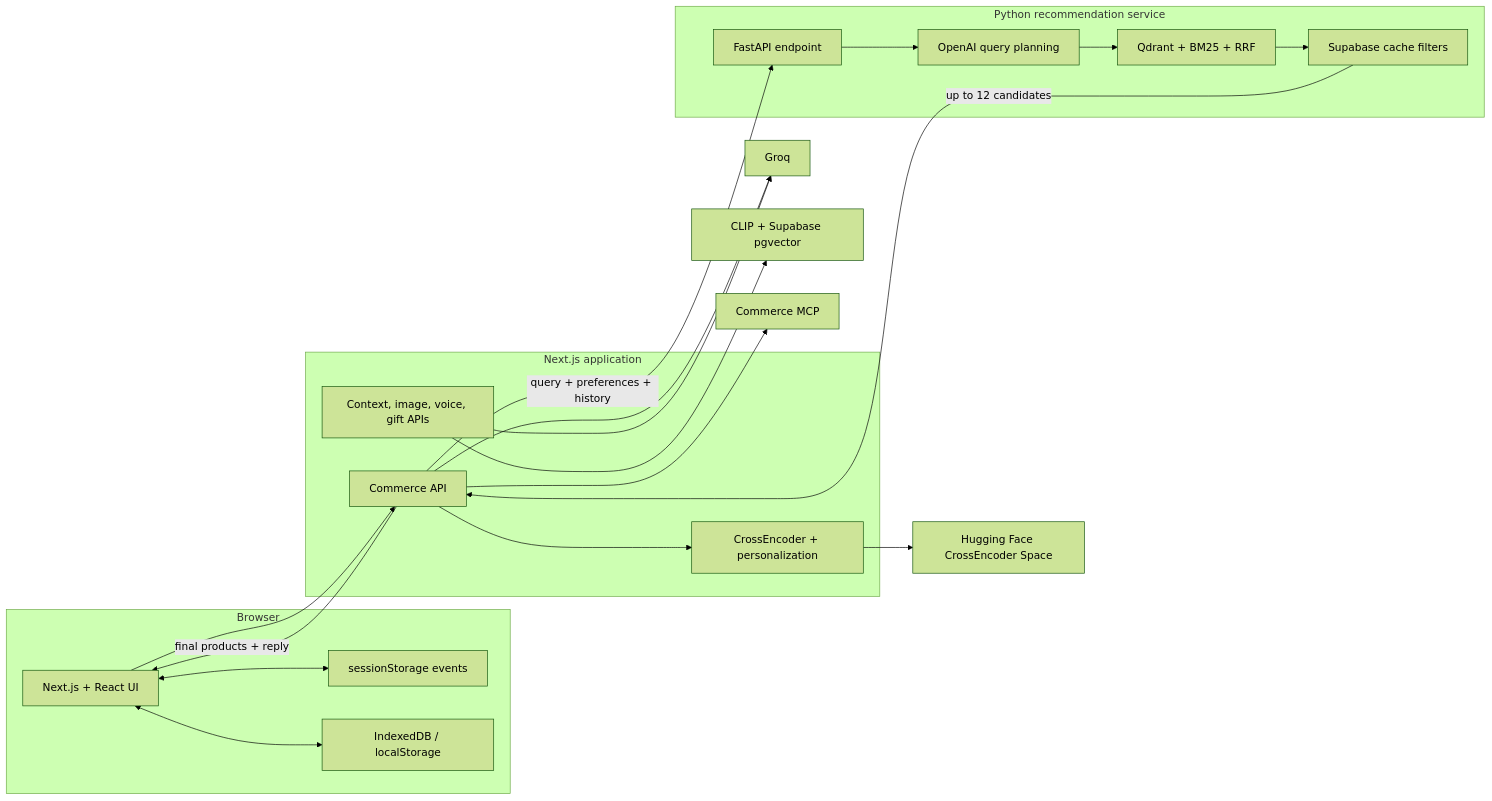
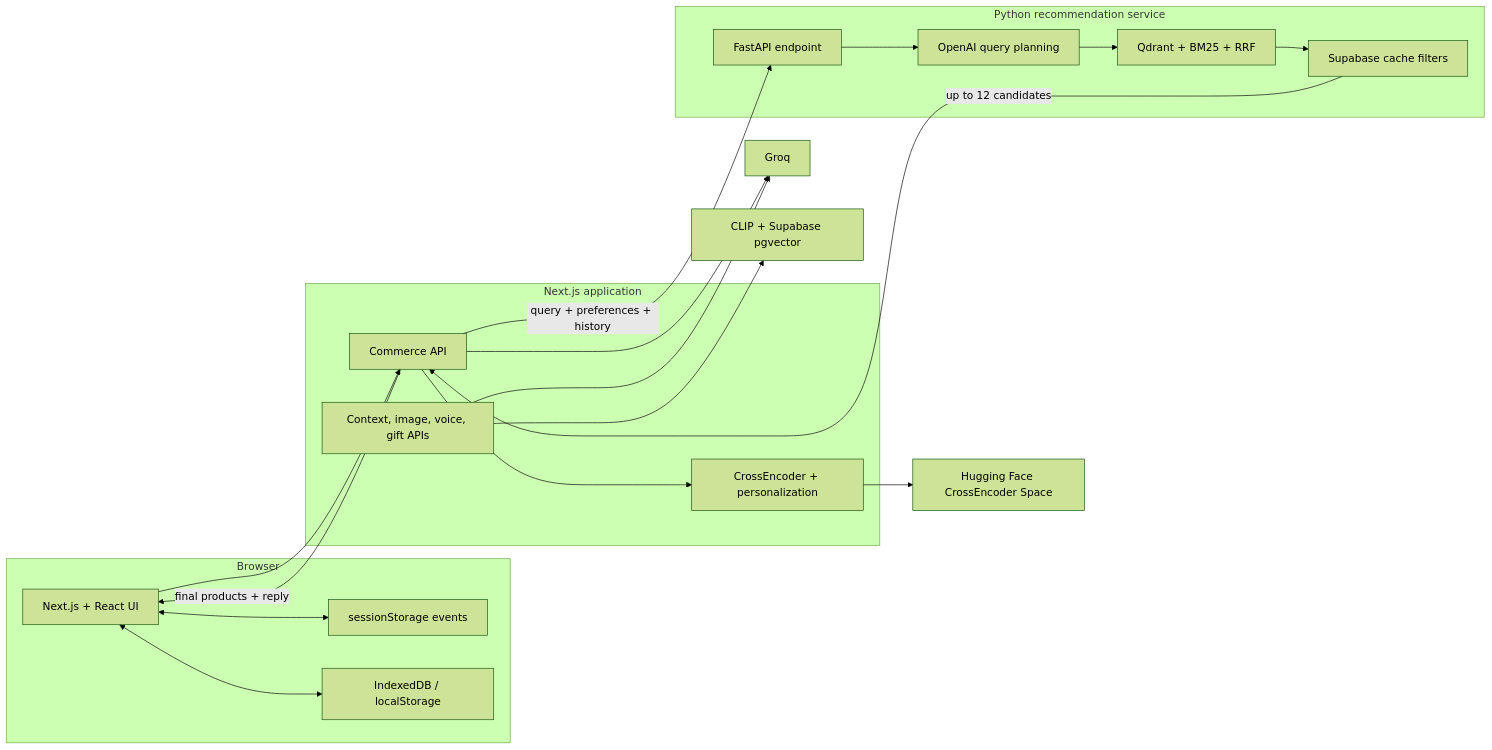
Before and after one commit to GenieAI-Development/GenieAI-frontend: the second of 4 diagrams in README.md, drawn with Mermaid (forest theme). The commit also changed other lines of this file and 2 other files, not shown here.

````diff
--- a/README.md
+++ b/README.md
@@ -92,40 +101,38 @@
 ```mermaid
 flowchart LR
   subgraph Browser[Browser]
     UI[Next.js + React UI]
     Events[sessionStorage events]
     State[IndexedDB / localStorage]
   end
 
   subgraph Frontend[Next.js application]
     Commerce[Commerce API]
     Rerank[CrossEncoder + personalization]
     Tools[Context, image, voice, gift APIs]
   end
 
   subgraph Backend[Python recommendation service]
     FastAPI[FastAPI endpoint]
     Plan[OpenAI query planning]
     Retrieval[Qdrant + BM25 + RRF]
     Filter[Supabase cache filters]
   end
 
   HF[Hugging Face CrossEncoder Space]
   Groq[Groq]
   Visual[CLIP + Supabase pgvector]
-  MCP[Commerce MCP]
 
   UI --> Commerce
   UI <--> Events
   UI <--> State
   Commerce -->|query + preferences + history| FastAPI
   FastAPI --> Plan --> Retrieval --> Filter
   Filter -->|up to 12 candidates| Commerce
   Commerce --> Rerank
   Rerank --> HF
   Commerce --> Groq
   Tools --> Groq
   Tools --> Visual
-  Commerce --> MCP
   Commerce -->|final products + reply| UI
 ```
````
